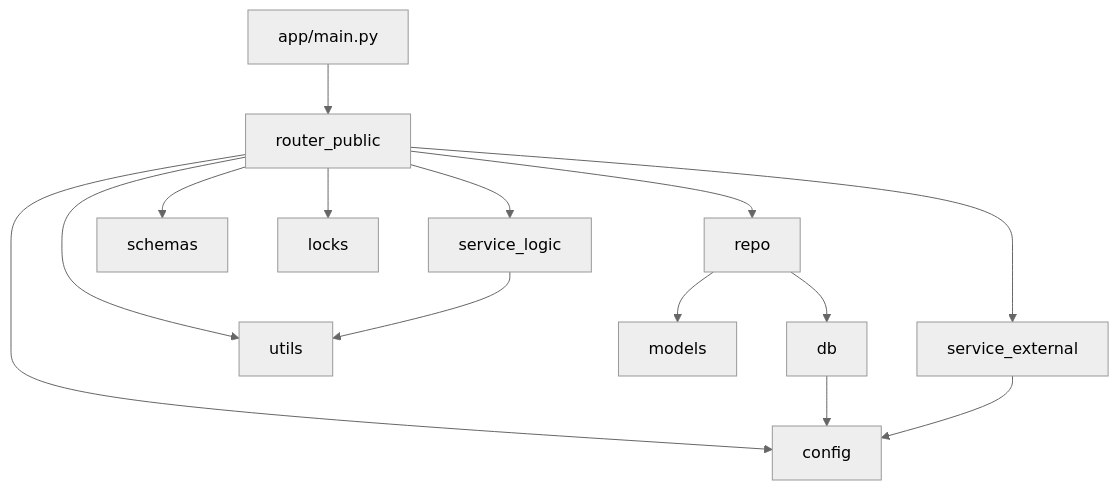
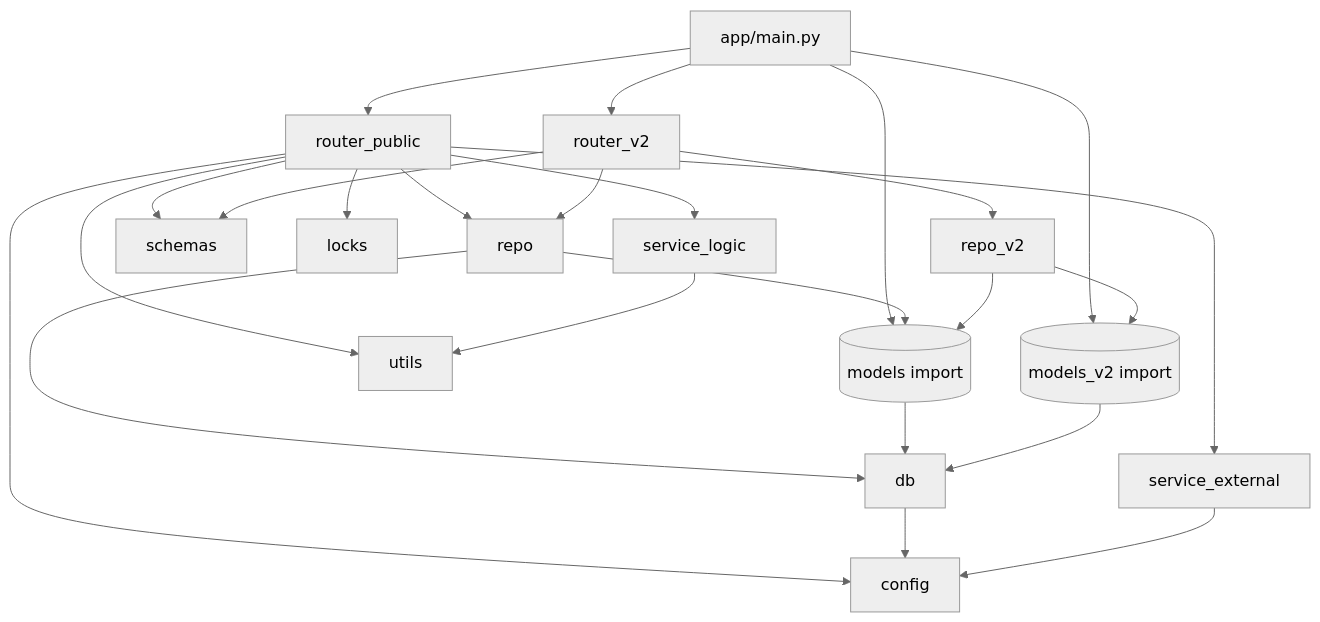
The first of 5 diagrams in AI_context/dependencies.md (RandyHaddad/Berghain), drawn with Mermaid (neutral theme) before and after one commit. The commit also changed other lines of this file and 55 other files, not shown here.

````diff
--- a/AI_context/dependencies.md
+++ b/AI_context/dependencies.md
@@ -4,16 +4,26 @@
 ```mermaid
 graph TD
     main[app/main.py] --> router_public
+    main --> router_v2
+    main --> models[(models import)]
+    main --> models_v2[(models_v2 import)]
     router_public --> repo
     router_public --> service_external
     router_public --> service_logic
     router_public --> schemas
     router_public --> locks
     router_public --> utils
     router_public --> config
+    router_v2 --> repo_v2
+    router_v2 --> schemas
+    router_v2 --> repo
     repo --> models
     repo --> db
+    repo_v2 --> models_v2
+    repo_v2 --> models
     db --> config
     service_external --> config
     service_logic --> utils
+    models --> db
+    models_v2 --> db
 ```
````
